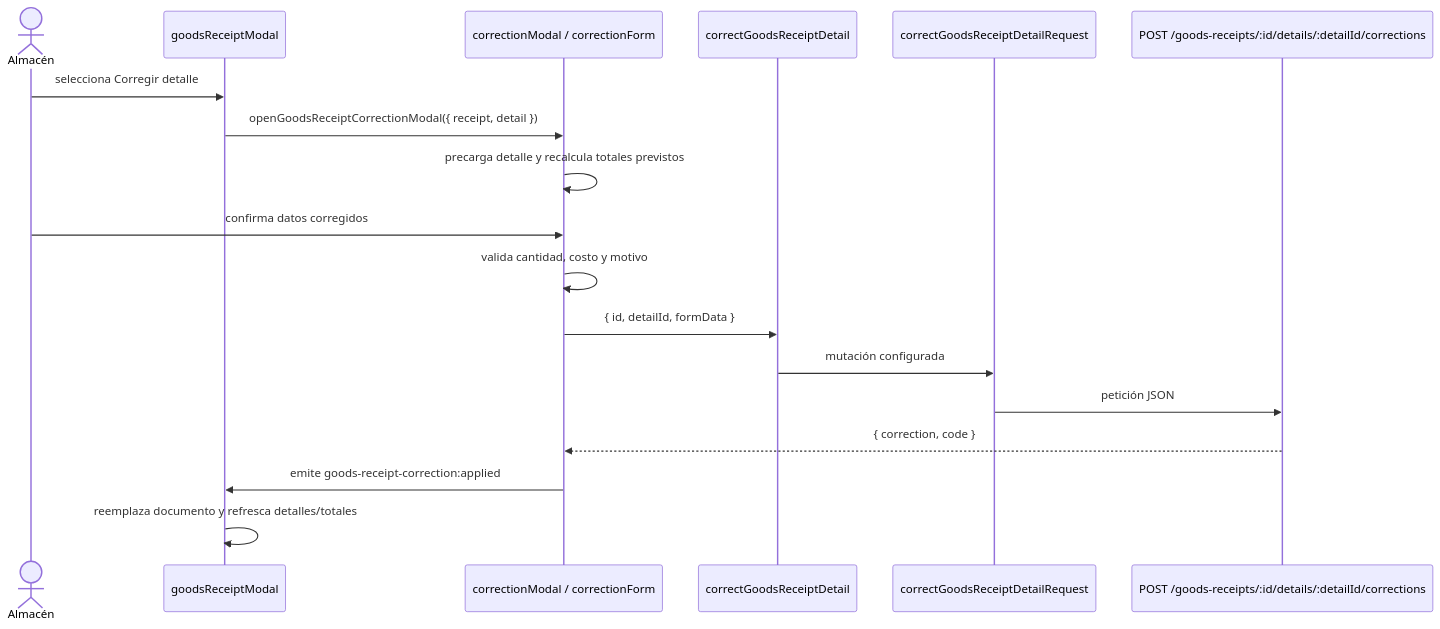
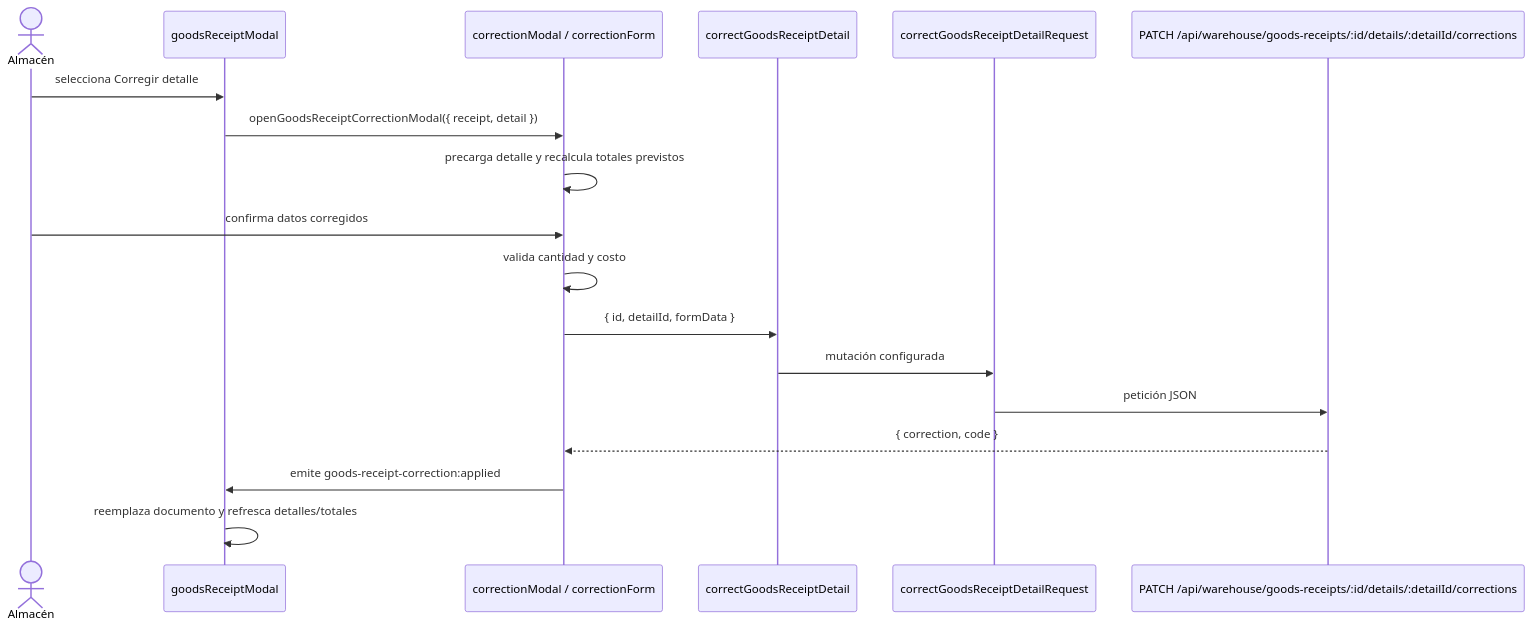
Before and after one commit to gpgsistemas01/nexus: the fourth of 8 diagrams in docs/architecture/frontend-technical-documentation.md, drawn with Mermaid. The commit also changed 5 other files, not shown here.

````diff
--- a/docs/architecture/frontend-technical-documentation.md
+++ b/docs/architecture/frontend-technical-documentation.md
@@ -312,21 +312,21 @@
 ```mermaid
 sequenceDiagram
     actor Warehouse as Almacén
     participant Main as goodsReceiptModal
     participant Correction as correctionModal / correctionForm
     participant App as correctGoodsReceiptDetail
     participant Request as correctGoodsReceiptDetailRequest
-    participant API as POST /goods-receipts/:id/details/:detailId/corrections
+    participant API as PATCH /api/warehouse/goods-receipts/:id/details/:detailId/corrections
 
     Warehouse->>Main: selecciona Corregir detalle
     Main->>Correction: openGoodsReceiptCorrectionModal({ receipt, detail })
     Correction->>Correction: precarga detalle y recalcula totales previstos
     Warehouse->>Correction: confirma datos corregidos
-    Correction->>Correction: valida cantidad, costo y motivo
+    Correction->>Correction: valida cantidad y costo
     Correction->>App: { id, detailId, formData }
     App->>Request: mutación configurada
     Request->>API: petición JSON
     API-->>Correction: { correction, code }
     Correction->>Main: emite goods-receipt-correction:applied
     Main->>Main: reemplaza documento y refresca detalles/totales
 ```
````
